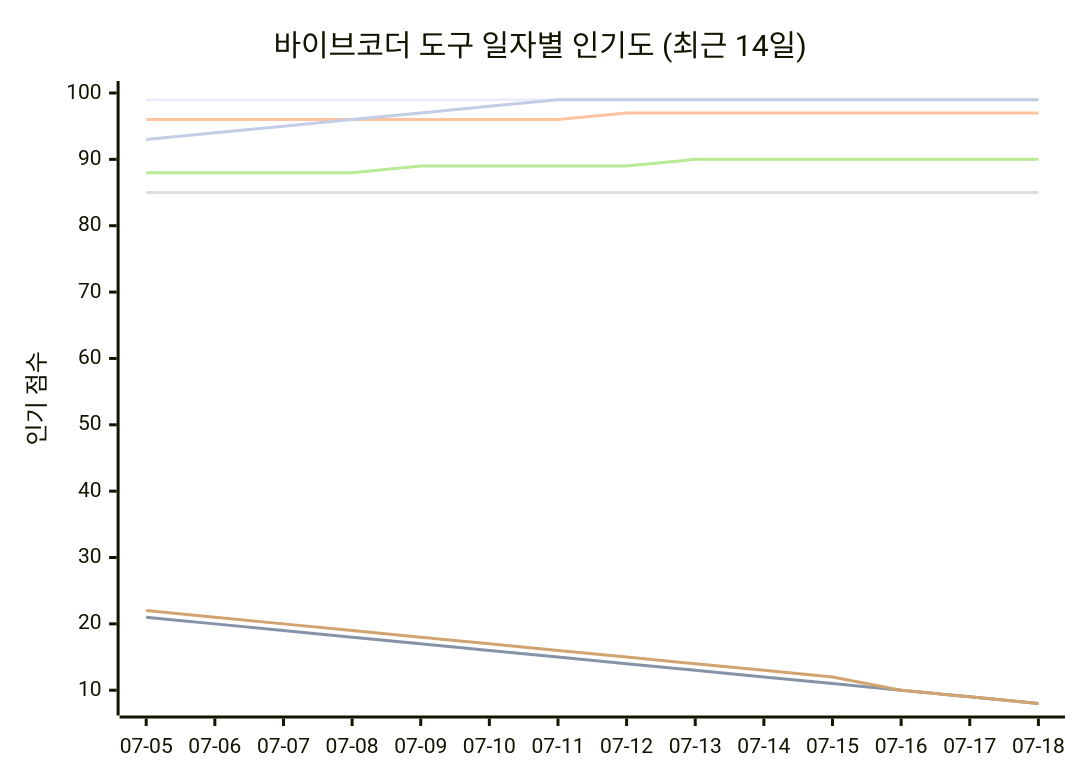
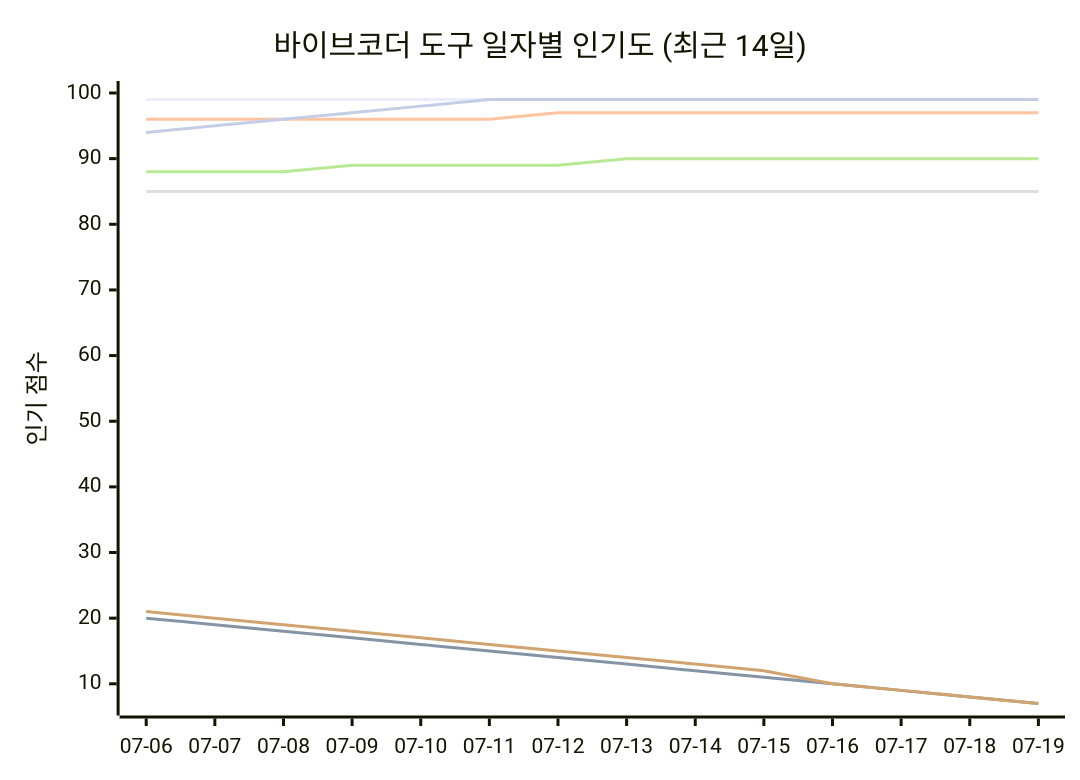
The seventh of 11 diagrams in README_ko.md (tykimos/ai-whatchelin), drawn with Mermaid before and after one commit. The commit also changed other lines of this file and 4 other files, not shown here.

````diff
--- a/README_ko.md
+++ b/README_ko.md
@@ -1984,13 +1984,13 @@
 ```mermaid
 xychart-beta
     title "바이브코더 도구 일자별 인기도 (최근 14일)"
-    x-axis ["07-05", "07-06", "07-07", "07-08", "07-09", "07-10", "07-11", "07-12", "07-13", "07-14", "07-15", "07-16", "07-17", "07-18"]
-    y-axis "인기 점수" 8 --> 100
+    x-axis ["07-06", "07-07", "07-08", "07-09", "07-10", "07-11", "07-12", "07-13", "07-14", "07-15", "07-16", "07-17", "07-18", "07-19"]
+    y-axis "인기 점수" 7 --> 100
     line "Claude Code" [99, 99, 99, 99, 99, 99, 99, 99, 99, 99, 99, 99, 99, 99]
-    line "GH Copilot" [21, 20, 19, 18, 17, 16, 15, 14, 13, 12, 11, 10, 9, 8]
-    line "Cursor" [96, 96, 96, 96, 96, 96, 96, 97, 97, 97, 97, 97, 97, 97]
+    line "GH Copilot" [20, 19, 18, 17, 16, 15, 14, 13, 12, 11, 10, 9, 8, 7]
+    line "Cursor" [96, 96, 96, 96, 96, 96, 97, 97, 97, 97, 97, 97, 97, 97]
     line "Windsurf" [85, 85, 85, 85, 85, 85, 85, 85, 85, 85, 85, 85, 85, 85]
-    line "Codex CLI" [88, 88, 88, 88, 89, 89, 89, 89, 90, 90, 90, 90, 90, 90]
-    line "Gemini CLI" [22, 21, 20, 19, 18, 17, 16, 15, 14, 13, 12, 10, 9, 8]
-    line "Antigravity" [93, 94, 95, 96, 97, 98, 99, 99, 99, 99, 99, 99, 99, 99]
+    line "Codex CLI" [88, 88, 88, 89, 89, 89, 89, 90, 90, 90, 90, 90, 90, 90]
+    line "Gemini CLI" [21, 20, 19, 18, 17, 16, 15, 14, 13, 12, 10, 9, 8, 7]
+    line "Antigravity" [94, 95, 96, 97, 98, 99, 99, 99, 99, 99, 99, 99, 99, 99]
 ```
````
